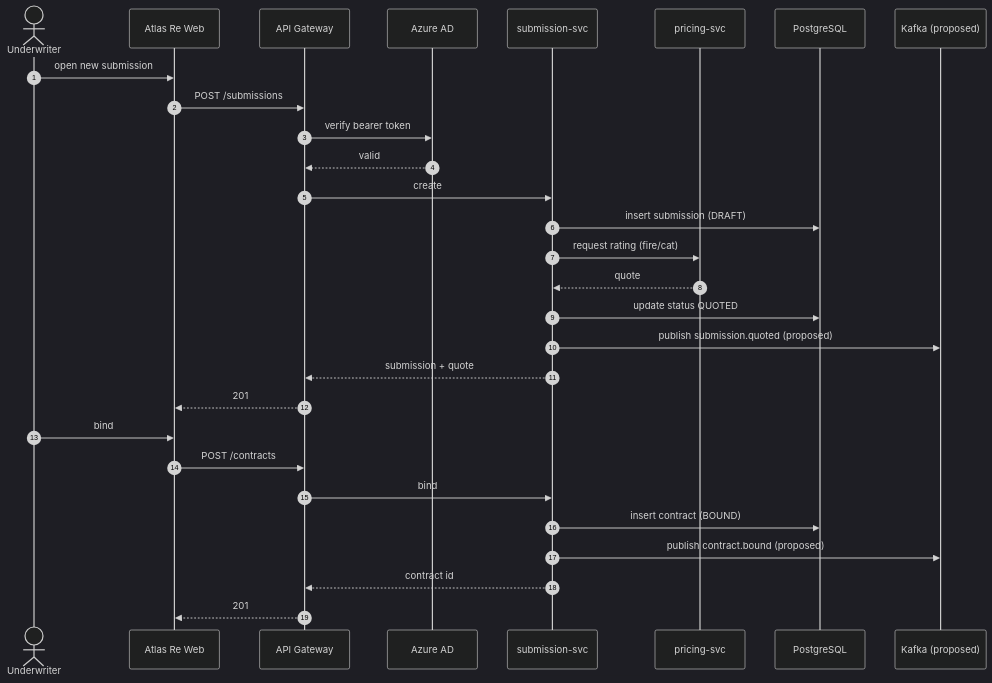
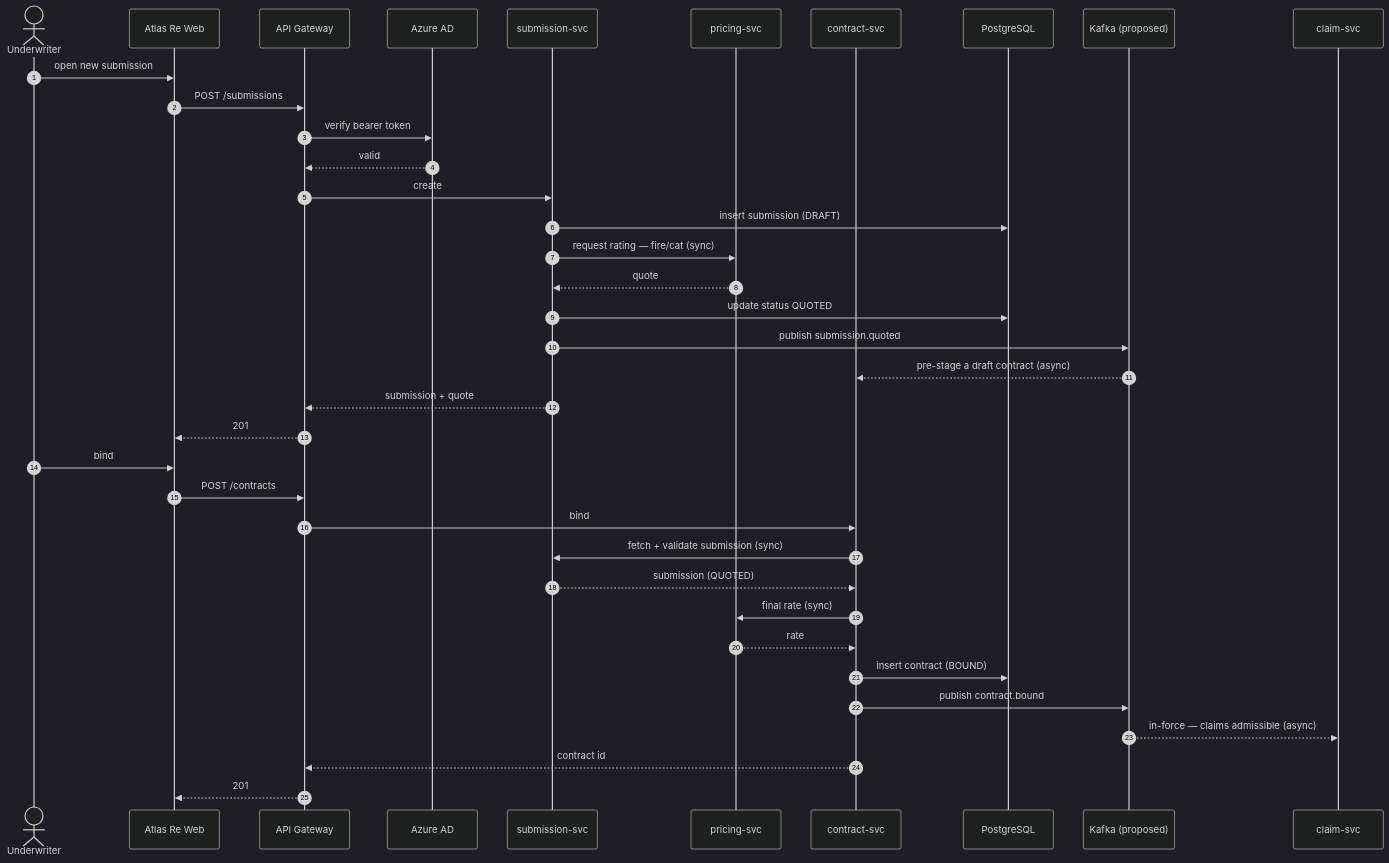
One commit to nv-minh/dev-diagram-kit changed the first of 3 diagrams in example/atlas-re/srs/atlas-re-flows.md. Above: the diagram before and after it, drawn with Mermaid (dark theme). The commit also changed other lines of this file and 26 other files, not shown here.

First line of the commit message:
feat: add /drawio-sequence — UML sequence diagrams as editable .drawio

````diff
--- a/example/atlas-re/srs/atlas-re-flows.md
+++ b/example/atlas-re/srs/atlas-re-flows.md
@@ -9,32 +13,40 @@
 ```mermaid
 sequenceDiagram
   autonumber
   actor UW as Underwriter
   participant Web as Atlas Re Web
   participant API as API Gateway
   participant Auth as Azure AD
   participant Sub as submission-svc
   participant Pri as pricing-svc
+  participant Con as contract-svc
   participant DB as PostgreSQL
   participant Bus as Kafka (proposed)
+  participant Clm as claim-svc
 
   UW->>Web: open new submission
   Web->>API: POST /submissions
   API->>Auth: verify bearer token
   Auth-->>API: valid
   API->>Sub: create
   Sub->>DB: insert submission (DRAFT)
-  Sub->>Pri: request rating (fire/cat)
+  Sub->>Pri: request rating — fire/cat (sync)
   Pri-->>Sub: quote
   Sub->>DB: update status QUOTED
-  Sub->>Bus: publish submission.quoted (proposed)
+  Sub->>Bus: publish submission.quoted
+  Bus-->>Con: pre-stage a draft contract (async)
   Sub-->>API: submission + quote
   API-->>Web: 201
   UW->>Web: bind
   Web->>API: POST /contracts
-  API->>Sub: bind
-  Sub->>DB: insert contract (BOUND)
-  Sub->>Bus: publish contract.bound (proposed)
-  Sub-->>API: contract id
+  API->>Con: bind
+  Con->>Sub: fetch + validate submission (sync)
+  Sub-->>Con: submission (QUOTED)
+  Con->>Pri: final rate (sync)
+  Pri-->>Con: rate
+  Con->>DB: insert contract (BOUND)
+  Con->>Bus: publish contract.bound
+  Bus-->>Clm: in-force — claims admissible (async)
+  Con-->>API: contract id
   API-->>Web: 201
 ```
````
